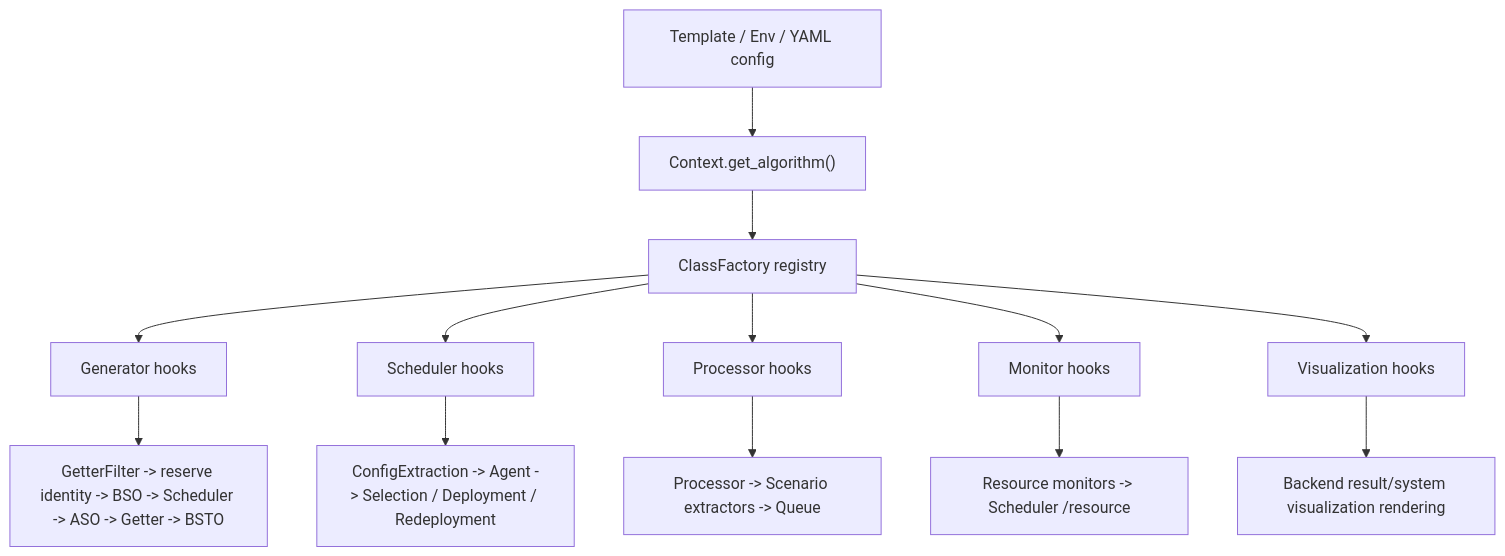
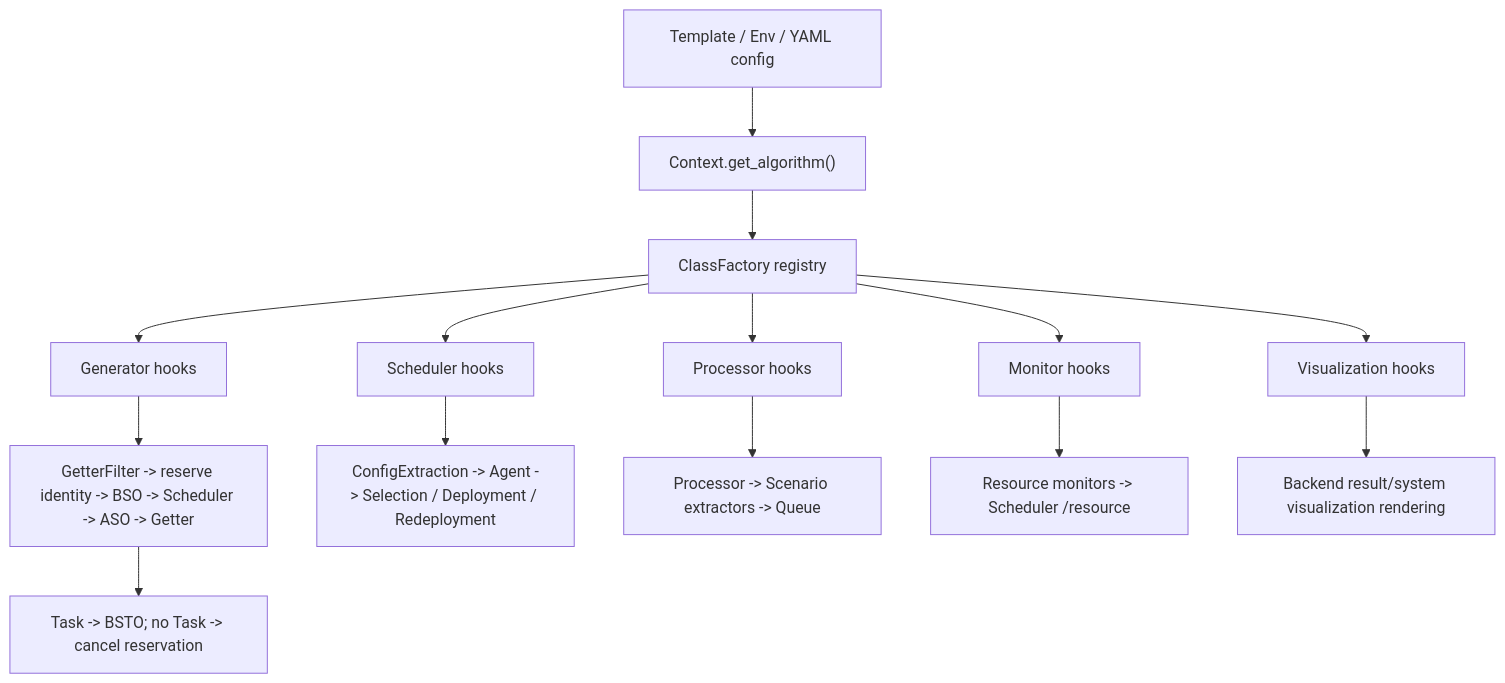
One commit to dayu-autostreamer/dayu changed the diagram in docs/hooks/README.md. Above: the diagram before and after it, drawn with Mermaid. The commit also changed other lines of this file and 11 other files, not shown here.

````diff
--- a/docs/hooks/README.md
+++ b/docs/hooks/README.md
@@ -69,17 +69,18 @@
 ```mermaid
 flowchart TD
     CFG["Template / Env / YAML config"] --> CTX["Context.get_algorithm()"]
     CTX --> REG["ClassFactory registry"]
 
     REG --> GEN["Generator hooks"]
     REG --> SCH["Scheduler hooks"]
     REG --> PROC["Processor hooks"]
     REG --> MON["Monitor hooks"]
     REG --> VIZ["Visualization hooks"]
 
-    GEN --> GENFLOW["GetterFilter -> reserve identity -> BSO -> Scheduler -> ASO -> Getter -> BSTO"]
+    GEN --> GENFLOW["GetterFilter -> reserve identity -> BSO -> Scheduler -> ASO -> Getter"]
+    GENFLOW --> GENEND["Task -> BSTO; no Task -> cancel reservation"]
     SCH --> SCHFLOW["ConfigExtraction -> Agent -> Selection / Deployment / Redeployment"]
     PROC --> PROCFLOW["Processor -> Scenario extractors -> Queue"]
     MON --> MONFLOW["Resource monitors -> Scheduler /resource"]
     VIZ --> VIZFLOW["Backend result/system visualization rendering"]
 ```
````
